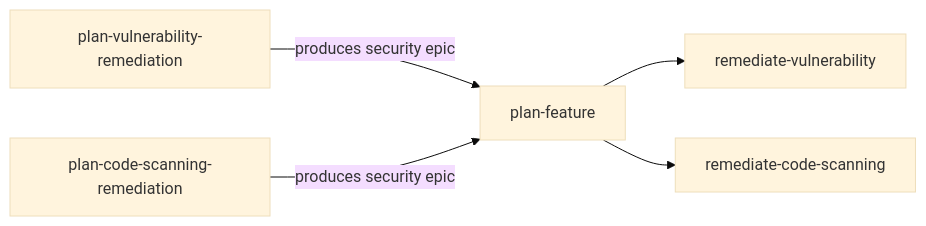
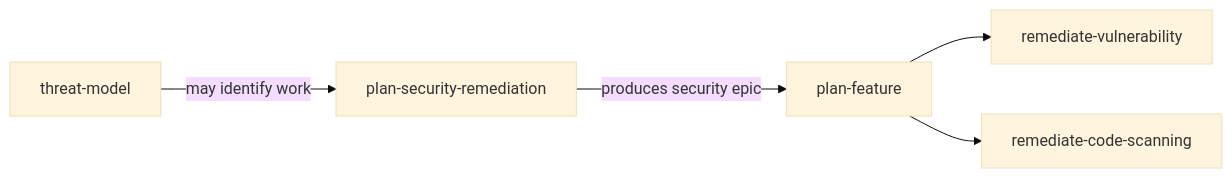
One commit to pnewsam/skills changed the fifth of 14 diagrams in README.md. Above: the diagram before and after it, drawn with Mermaid (base theme). The commit also changed other lines of this file and 82 other files, not shown here.

````diff
--- a/README.md
+++ b/README.md
@@ -181,7 +192,7 @@
 ```mermaid
 flowchart LR
-    PVR[plan-vulnerability-remediation] -->|produces security epic| PF1[plan-feature]
-    PCSR[plan-code-scanning-remediation] -->|produces security epic| PF1
+    TM[threat-model] -->|may identify work| PSR[plan-security-remediation]
+    PSR -->|produces security epic| PF1[plan-feature]
     PF1 --> RV[remediate-vulnerability]
     PF1 --> RCS[remediate-code-scanning]
 ```
````
